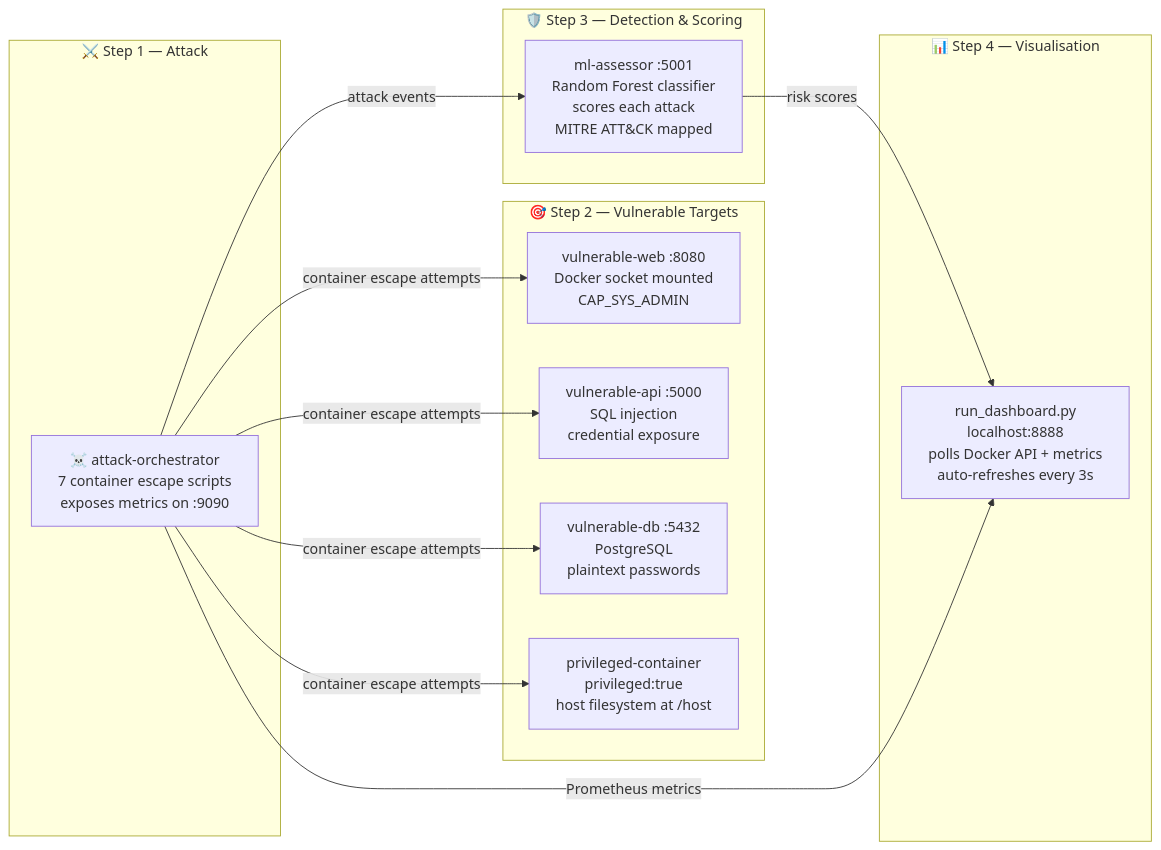
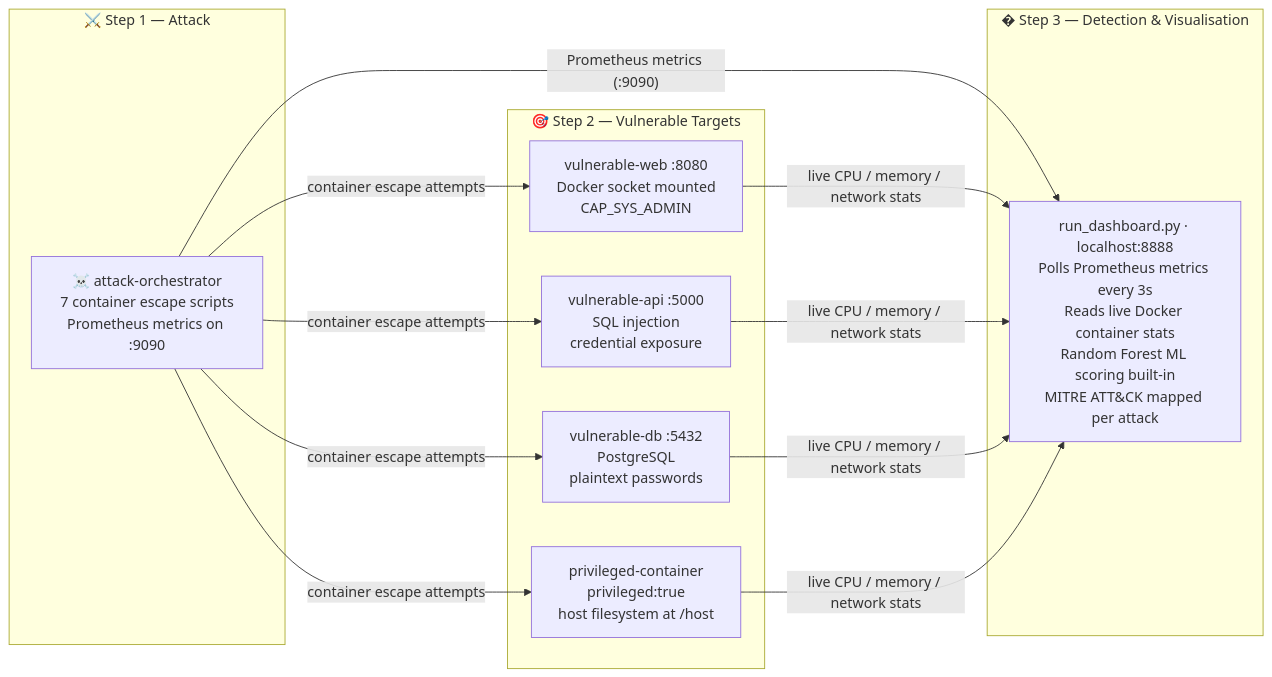
The diagram in README.md (ritvikindupuri/containerizedattacks), drawn with Mermaid before and after one commit. The commit also changed other lines of this file, not shown here.

Commit message:
Fix architecture diagram accuracy — remove incorrect ml-assessor flow

````diff
--- a/README.md
+++ b/README.md
@@ -28,29 +28,27 @@
 ```mermaid
 flowchart LR
     subgraph ATTACKER["⚔️ Step 1 — Attack"]
-        ORCH["☠️ attack-orchestrator\n7 container escape scripts\nexposes metrics on :9090"]
+        ORCH["☠️ attack-orchestrator\n7 container escape scripts\nPrometheus metrics on :9090"]
     end
 
     subgraph TARGETS["🎯 Step 2 — Vulnerable Targets"]
         WEB["vulnerable-web :8080\nDocker socket mounted\nCAP_SYS_ADMIN"]
         API["vulnerable-api :5000\nSQL injection\ncredential exposure"]
         DB["vulnerable-db :5432\nPostgreSQL\nplaintext passwords"]
         PRIV["privileged-container\nprivileged:true\nhost filesystem at /host"]
     end
 
-    subgraph DETECTION["🛡️ Step 3 — Detection & Scoring"]
-        ML["ml-assessor :5001\nRandom Forest classifier\nscores each attack\nMITRE ATT&CK mapped"]
-    end
-
-    subgraph DASHBOARD["📊 Step 4 — Visualisation"]
-        HOST["run_dashboard.py\nlocalhost:8888\npolls Docker API + metrics\nauto-refreshes every 3s"]
+    subgraph DASHBOARD["� Step 3 — Detection & Visualisation"]
+        HOST["run_dashboard.py · localhost:8888\nPolls Prometheus metrics every 3s\nReads live Docker container stats\nRandom Forest ML scoring built-in\nMITRE ATT&CK mapped per attack"]
     end
 
     ORCH -->|"container escape attempts"| WEB
     ORCH -->|"container escape attempts"| API
     ORCH -->|"container escape attempts"| DB
     ORCH -->|"container escape attempts"| PRIV
-    ORCH -->|"attack events"| ML
-    ML -->|"risk scores"| HOST
-    ORCH -->|"Prometheus metrics"| HOST
+    ORCH -->|"Prometheus metrics (:9090)"| HOST
+    WEB -->|"live CPU / memory / network stats"| HOST
+    API -->|"live CPU / memory / network stats"| HOST
+    DB -->|"live CPU / memory / network stats"| HOST
+    PRIV -->|"live CPU / memory / network stats"| HOST
 ```
````
